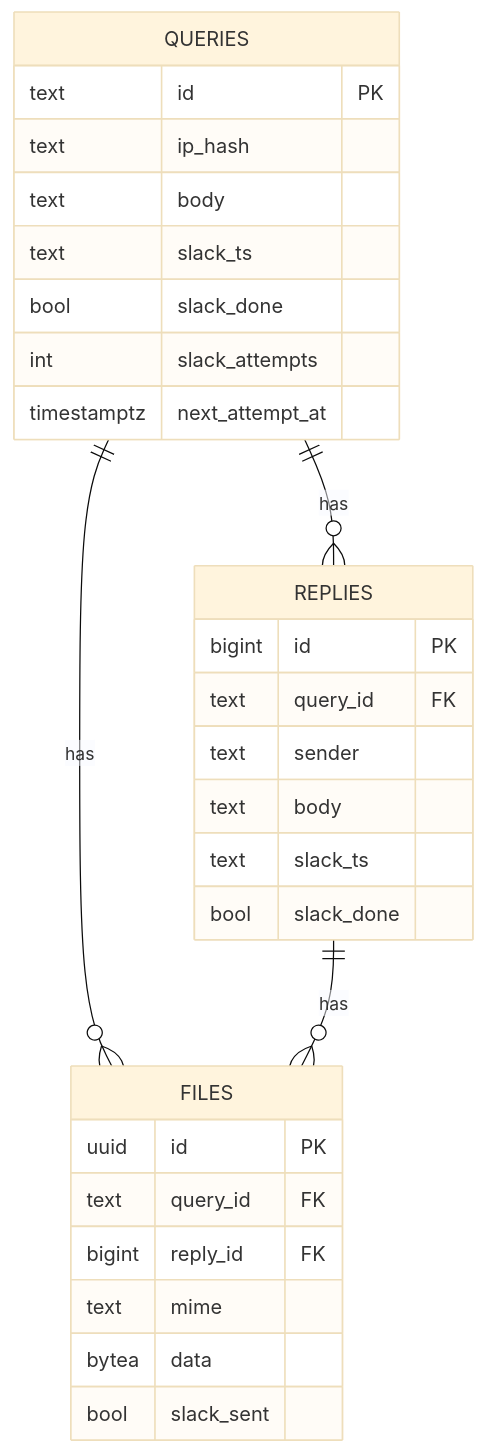
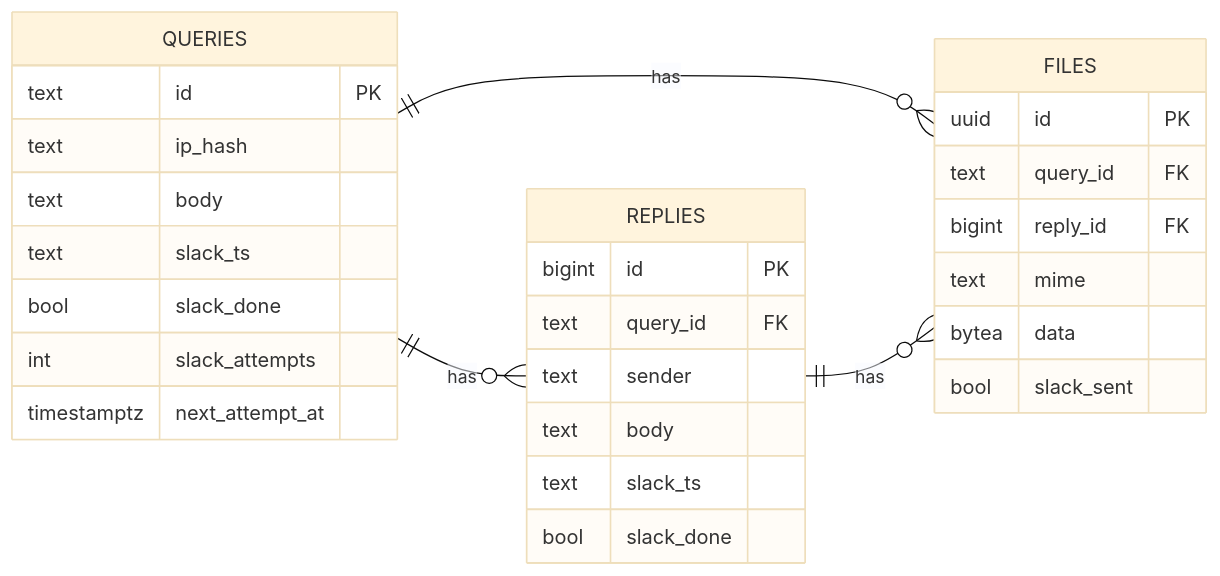
The fourth of 4 diagrams in docs/architecture.md (portpholiyo/queries), drawn with Mermaid (base theme) before and after one commit. The commit also changed other lines of this file, not shown here.

Commit message:
Make the diagrams compact and readable

````diff
--- a/docs/architecture.md
+++ b/docs/architecture.md
@@ -75,31 +75,32 @@
 ```mermaid
 erDiagram
+  direction LR
   QUERIES ||--o{ REPLIES : has
   QUERIES ||--o{ FILES : has
   REPLIES ||--o{ FILES : has
   QUERIES {
     text id PK
     text ip_hash
     text body
     text slack_ts
     bool slack_done
     int slack_attempts
     timestamptz next_attempt_at
   }
   REPLIES {
     bigint id PK
     text query_id FK
     text sender
     text body
     text slack_ts
     bool slack_done
   }
   FILES {
     uuid id PK
     text query_id FK
     bigint reply_id FK
     text mime
     bytea data
     bool slack_sent
   }
 ```
````
